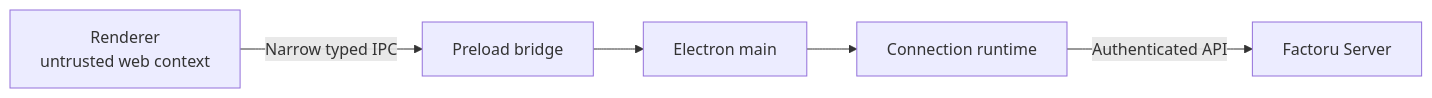
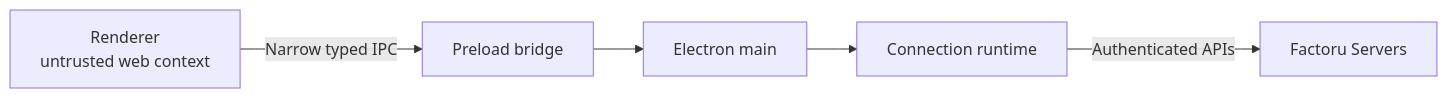
One commit to RUverse/factoru changed the fourth of 7 diagrams in docs/ARCHITECTURE.md. Above: the diagram before and after it, drawn with Mermaid. The commit also changed other lines of this file and 12 other files, not shown here.

````diff
--- a/docs/ARCHITECTURE.md
+++ b/docs/ARCHITECTURE.md
@@ -317,7 +317,7 @@
 ```mermaid
 flowchart LR
     R["Renderer<br/>untrusted web context"] -->|"Narrow typed IPC"| P["Preload bridge"]
     P --> M["Electron main"]
     M --> C["Connection runtime"]
-    C -->|"Authenticated API"| S["Factoru Server"]
+    C -->|"Authenticated APIs"| S["Factoru Servers"]
 ```
````
